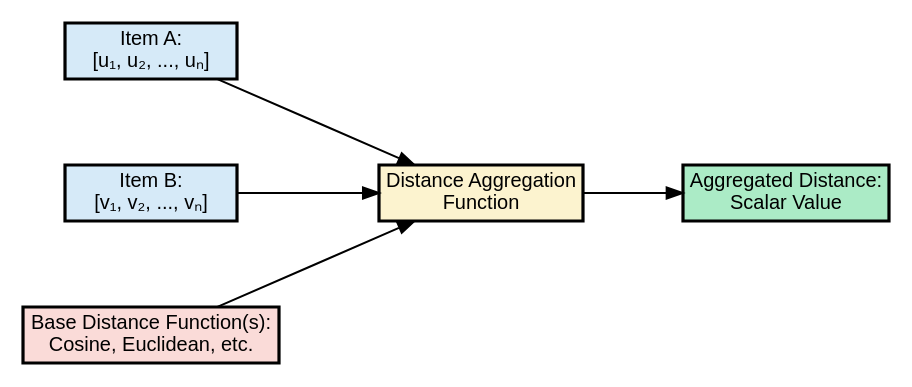
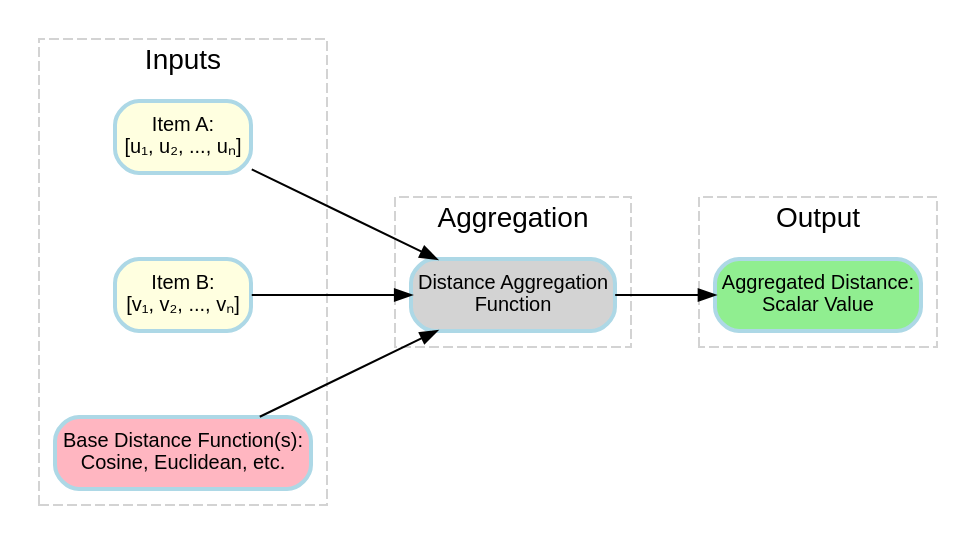
The diagram in docs/assets/images/distance_aggregation.dot (habedi/multi-vector-hnsw), drawn with Graphviz before and after one commit. The commit also changed 5 other files, not shown here.

Commit message:
Add a diagram for multi-vector embedding

```diff
--- a/docs/assets/images/distance_aggregation.dot
+++ b/docs/assets/images/distance_aggregation.dot
@@ -1,45 +1,56 @@
 digraph DistanceAggregation {
     fontname = "Helvetica,Arial,sans-serif"
     layout = dot
     rankdir = LR
     ranksep = 0.7
     nodesep = 0.6
 
     node [
     fontname = "Helvetica,Arial,sans-serif",
+    shape = box,
+    style = "filled,rounded",
+    color = "lightblue",
+    fillcolor = "white",
+    penwidth = 2,
     fontsize = 10,
-    shape = box,
-    style = "filled",
-    color = "black",
-    penwidth = 1.6,
-    fillcolor = "white",
-    margin = "0.06,0.04",
-    width = 1.2,
-    height = 0.35,
-    fixedsize = false
+    margin = "0.06,0.04"
     ]
 
     edge [
     fontname = "Helvetica,Arial,sans-serif",
     fontsize = 10,
     color = "black",
     arrowsize = 0.8
     ]
 
-    // Input nodes
-    listU [label = "Item A:\n[u₁, u₂, ..., uₙ]", fillcolor = "#D6EAF8"]
-    listV [label = "Item B:\n[v₁, v₂, ..., vₙ]", fillcolor = "#D6EAF8"]
-    distanceFn [label = "Base Distance Function(s):\nCosine, Euclidean, etc.", fillcolor = "#FADBD8"]
+    subgraph cluster_input {
+    label = "Inputs"
+    style = "dashed"
+    color = "lightgrey"
 
-    // Aggregation node
-    aggregator [label = "Distance Aggregation\nFunction", fillcolor = "#FCF3CF", style = "filled,bold"]
+    listU      [label = "Item A:\n[u₁, u₂, ..., uₙ]", fillcolor = "lightyellow"]
+    listV      [label = "Item B:\n[v₁, v₂, ..., vₙ]", fillcolor = "lightyellow"]
+    distanceFn [label = "Base Distance Function(s):\nCosine, Euclidean, etc.", fillcolor = "lightpink"]
+    }
 
-    // Output node
-    result [label = "Aggregated Distance:\nScalar Value", fillcolor = "#ABEBC6", style = "filled,bold"]
+    subgraph cluster_process {
+    label = "Aggregation"
+    style = "dashed"
+    color = "lightgrey"
 
-    // Edges
+    aggregator [label = "Distance Aggregation\nFunction", fillcolor = "lightgrey"]
+    }
+
+    subgraph cluster_output {
+    label = "Output"
+    style = "dashed"
+    color = "lightgrey"
+
+    result [label = "Aggregated Distance:\nScalar Value", fillcolor = "lightgreen"]
+    }
+
     listU -> aggregator
     listV -> aggregator
     distanceFn -> aggregator
     aggregator -> result
 }
```
